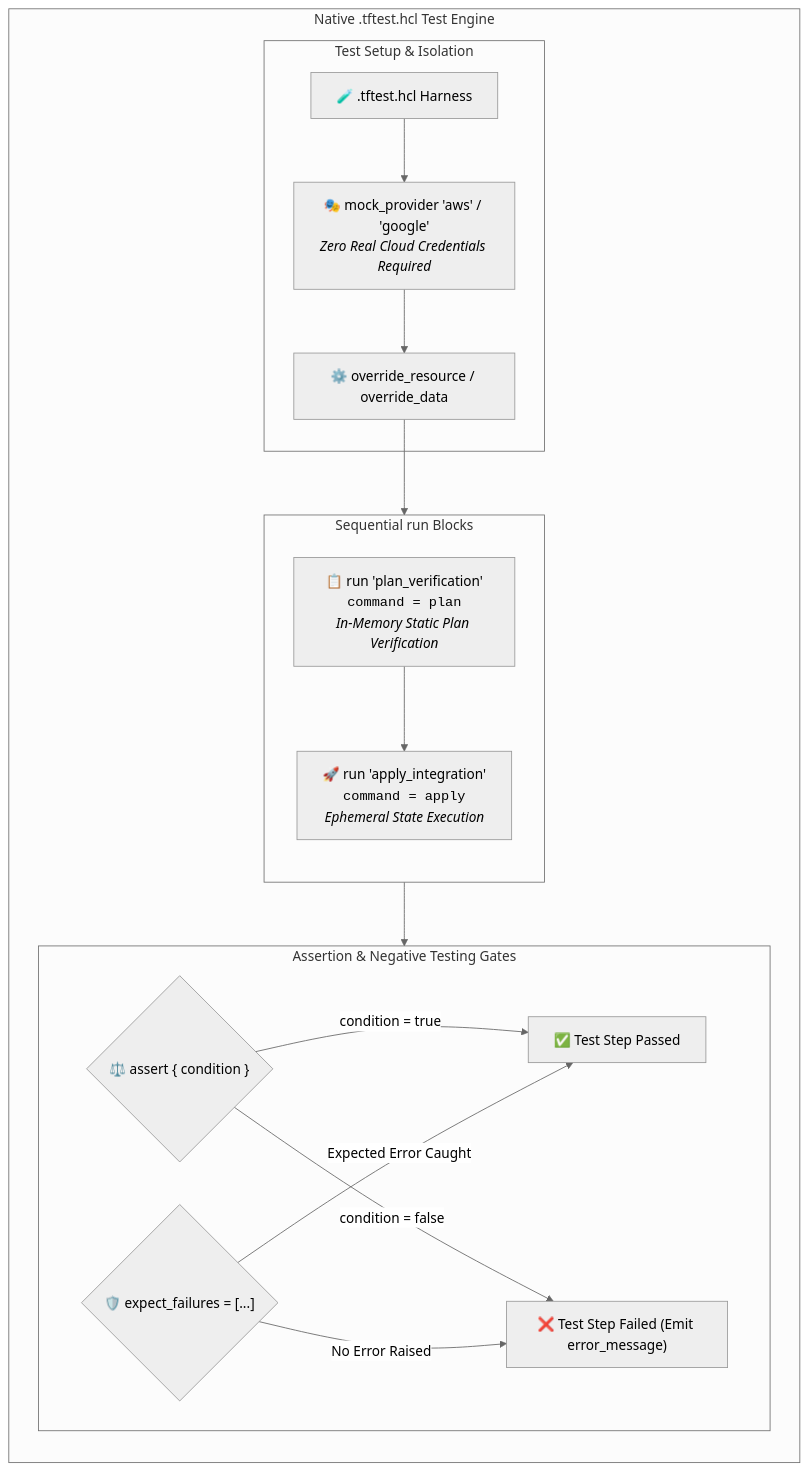
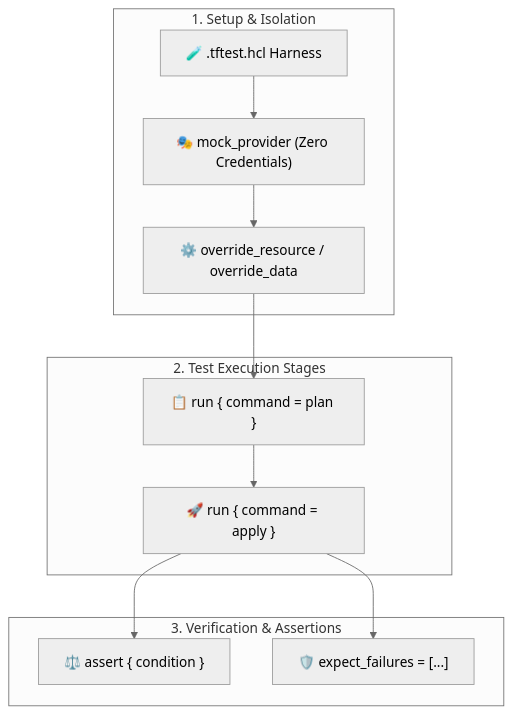
One commit to dnf0/terralings changed the diagram in docs/guides/10-testing.md. Above: the diagram before and after it, drawn with Mermaid (neutral theme). The commit also changed other lines of this file and 18 other files, not shown here.

First line of the commit message:
docs(guides): simplify mermaid diagrams and add conceptual breakdowns (#24)

````diff
--- a/docs/guides/10-testing.md
+++ b/docs/guides/10-testing.md
@@ -17,36 +17,19 @@
 ```mermaid
 flowchart TD
-    subgraph TestHarness["Native .tftest.hcl Test Engine"]
-        direction TB
-        
-        subgraph Setup["Test Setup & Isolation"]
-            TFTest["🧪 .tftest.hcl Harness"]
-            Mock["🎭 mock_provider 'aws' / 'google'<br/><i>Zero Real Cloud Credentials Required</i>"]
-            Overrides["⚙️ override_resource / override_data"]
-            TFTest --> Mock --> Overrides
-        end
-
-        subgraph RunBlocks["Sequential run Blocks"]
-            direction TB
-            PlanRun["📋 run 'plan_verification'<br/><code>command = plan</code><br/><i>In-Memory Static Plan Verification</i>"]
-            ApplyRun["🚀 run 'apply_integration'<br/><code>command = apply</code><br/><i>Ephemeral State Execution</i>"]
-            PlanRun --> ApplyRun
-        end
-
-        subgraph Assertions["Assertion & Negative Testing Gates"]
-            AssertGate{"⚖️ assert { condition }"}
-            NegGate{"🛡️ expect_failures = [...]"}
-            
-            Pass["✅ Test Step Passed"]
-            Fail["❌ Test Step Failed (Emit error_message)"]
-            
-            AssertGate -->|"condition = true"| Pass
-            AssertGate -->|"condition = false"| Fail
-            NegGate -->|"Expected Error Caught"| Pass
-            NegGate -->|"No Error Raised"| Fail
-        end
+    subgraph Setup["1. Setup & Isolation"]
+        TFTest["🧪 .tftest.hcl Harness"] --> Mock["🎭 mock_provider (Zero Credentials)"]
+        Mock --> Overrides["⚙️ override_resource / override_data"]
     end
 
-    Overrides --> RunBlocks
-    RunBlocks --> Assertions
+    subgraph Execution["2. Test Execution Stages"]
+        Plan["📋 run { command = plan }"] --> Apply["🚀 run { command = apply }"]
+    end
+
+    subgraph Gates["3. Verification & Assertions"]
+        Assert["⚖️ assert { condition }"]
+        NegTest["🛡️ expect_failures = [...]"]
+    end
+
+    Overrides --> Plan
+    Apply --> Assert & NegTest
 ```
````
